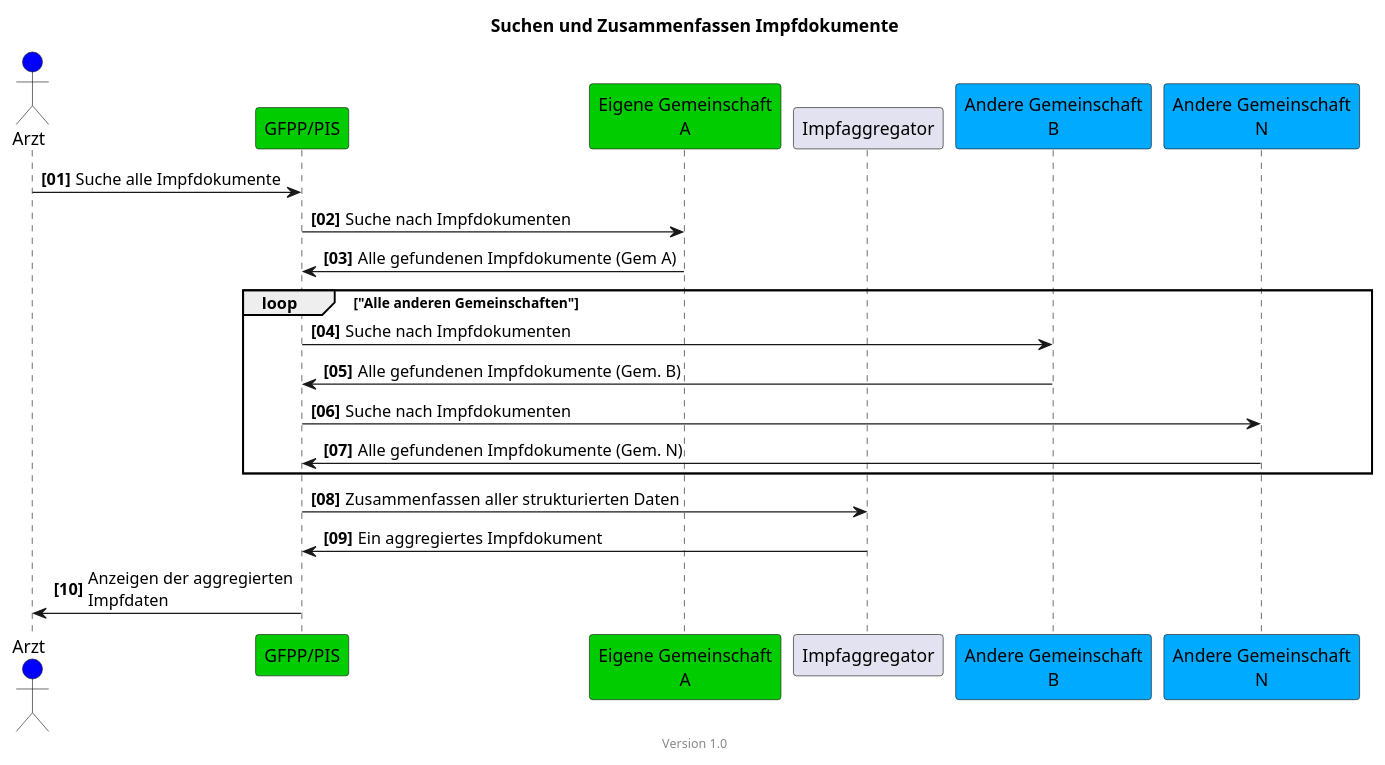
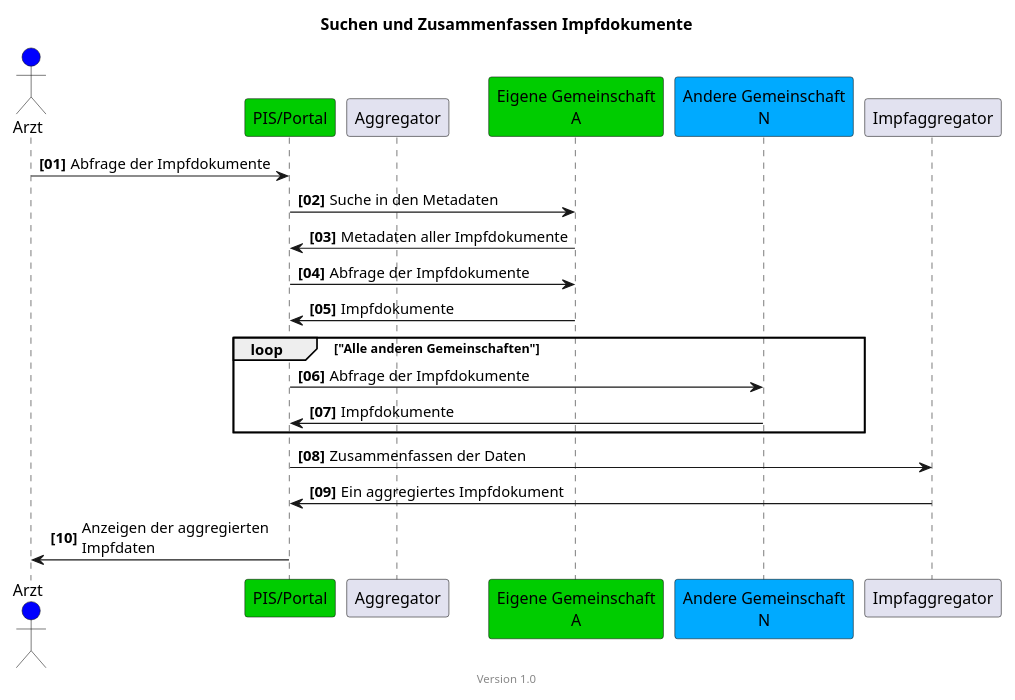
Before and after one commit to hl7ch/ch-vacd: the diagram in input/images-source/epd-find-all-vaccination-docs-simple.plantuml, drawn with PlantUML. The commit also changed 15 other files, not shown here.

Commit message:
add text and diagrams to the usecases EPD

```diff
--- a/input/images-source/epd-find-all-vaccination-docs-simple.plantuml
+++ b/input/images-source/epd-find-all-vaccination-docs-simple.plantuml
@@ -1,31 +1,32 @@
 @startuml
 title Suchen und Zusammenfassen Impfdokumente
 footer Version 1.0
 skinparam responseMessageBelowArrow true
-
+scale max 800 width
 
 actor Arzt #blue
-participant "GFPP/PIS" #00CC00
+participant "PIS/Portal" #00CC00
+participant "Aggregator"
+
 participant "Eigene Gemeinschaft\nA" #00CC00
 
-participant "Impfaggregator"
-participant "Andere Gemeinschaft\nB" #00aaff
 participant "Andere Gemeinschaft\nN" #00aaff
 
 
 autonumber "<b>[00]"
-Arzt -> "GFPP/PIS": Suche alle Impfdokumente
-"GFPP/PIS" -> "Eigene Gemeinschaft\nA": Suche nach Impfdokumenten
-"Eigene Gemeinschaft\nA" -> "GFPP/PIS": Alle gefundenen Impfdokumente (Gem A)
+Arzt -> "PIS/Portal": Abfrage der Impfdokumente
+"PIS/Portal" -> "Eigene Gemeinschaft\nA": Suche in den Metadaten
+"Eigene Gemeinschaft\nA" -> "PIS/Portal": Metadaten aller Impfdokumente
+"PIS/Portal" -> "Eigene Gemeinschaft\nA": Abfrage der Impfdokumente
+"Eigene Gemeinschaft\nA" -> "PIS/Portal": Impfdokumente
+
 loop "Alle anderen Gemeinschaften"
-"GFPP/PIS" -> "Andere Gemeinschaft\nB": Suche nach Impfdokumenten
-"Andere Gemeinschaft\nB" -> "GFPP/PIS": Alle gefundenen Impfdokumente (Gem. B)
+"PIS/Portal" -> "Andere Gemeinschaft\nN": Abfrage der Impfdokumente
+"Andere Gemeinschaft\nN" -> "PIS/Portal": Impfdokumente
+end
 
-"GFPP/PIS" -> "Andere Gemeinschaft\nN": Suche nach Impfdokumenten
-"Andere Gemeinschaft\nN" -> "GFPP/PIS": Alle gefundenen Impfdokumente (Gem. N)
-end
-"GFPP/PIS" -> "Impfaggregator": Zusammenfassen aller strukturierten Daten
-"Impfaggregator" ->  "GFPP/PIS": Ein aggregiertes Impfdokument
-"GFPP/PIS" -> Arzt: Anzeigen der aggregierten\nImpfdaten
+"PIS/Portal" -> "Impfaggregator": Zusammenfassen der Daten
+"Impfaggregator" ->  "PIS/Portal": Ein aggregiertes Impfdokument
+"PIS/Portal" -> Arzt: Anzeigen der aggregierten\nImpfdaten
 
 @enduml
```
